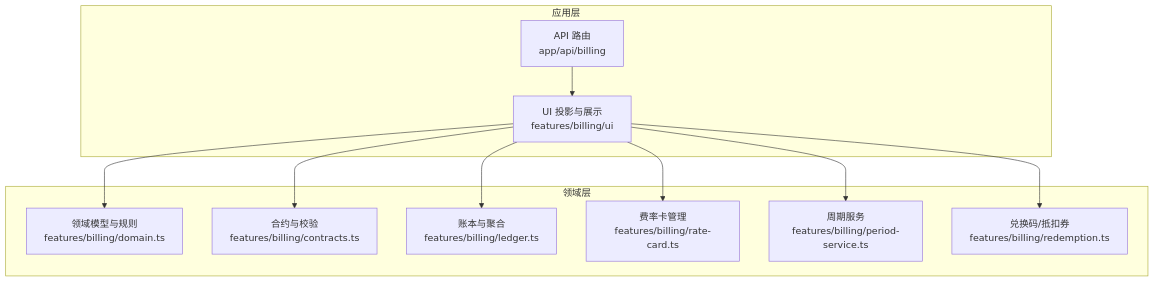
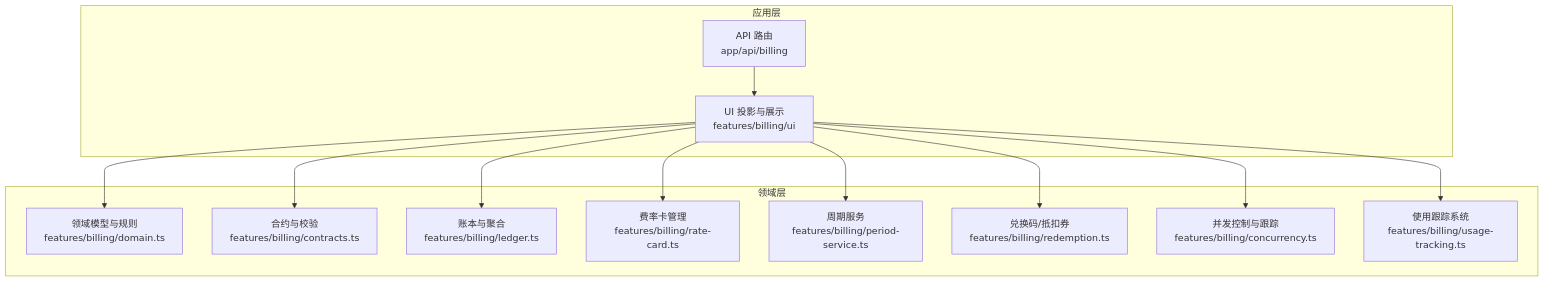
The first of 5 diagrams in .qoder/repowiki/zh/content/数据库设计/数据库计费模式设计.md (scottcwy/PurpleInk), drawn with Mermaid before and after one commit. The commit also changed other lines of this file and 23 other files, not shown here.

````diff
--- a/.qoder/repowiki/zh/content/数据库设计/数据库计费模式设计.md
+++ b/.qoder/repowiki/zh/content/数据库设计/数据库计费模式设计.md
@@ -37,22 +46,26 @@
 ```mermaid
 graph TB
 subgraph "应用层"
 A["API 路由<br/>app/api/billing"]
 B["UI 投影与展示<br/>features/billing/ui"]
 end
 subgraph "领域层"
 C["领域模型与规则<br/>features/billing/domain.ts"]
 D["合约与校验<br/>features/billing/contracts.ts"]
 E["账本与聚合<br/>features/billing/ledger.ts"]
 F["费率卡管理<br/>features/billing/rate-card.ts"]
 G["周期服务<br/>features/billing/period-service.ts"]
 H["兑换码/抵扣券<br/>features/billing/redemption.ts"]
+I["并发控制与跟踪<br/>features/billing/concurrency.ts"]
+J["使用跟踪系统<br/>features/billing/usage-tracking.ts"]
 end
 A --> B
 B --> C
 B --> D
 B --> E
 B --> F
 B --> G
 B --> H
+B --> I
+B --> J
 ```
````
